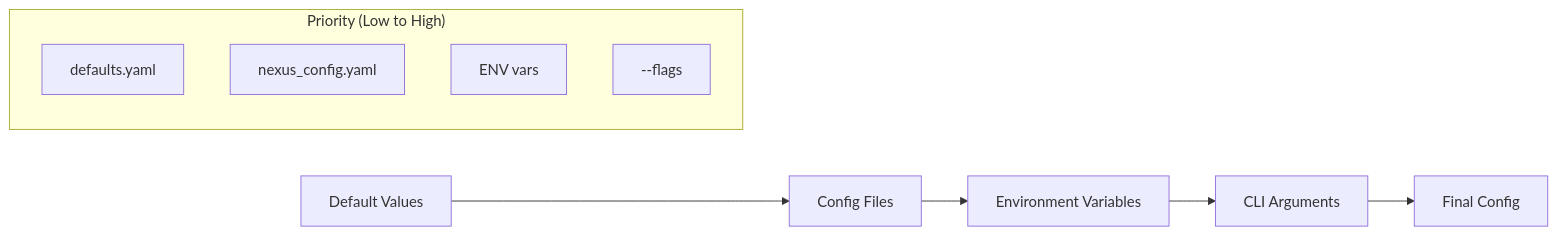
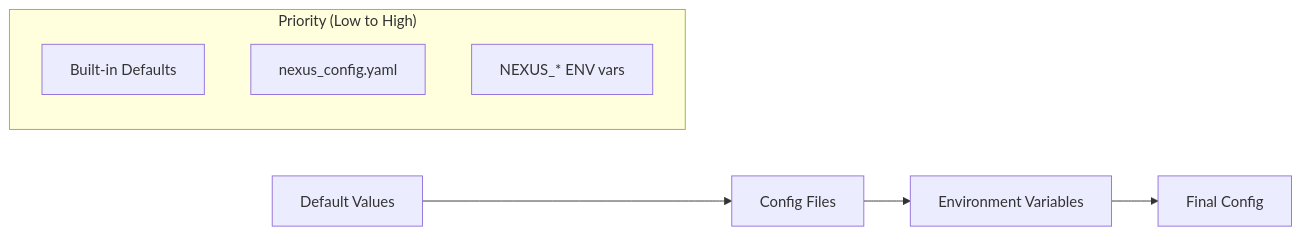
Before and after one commit to dnviti/Nexus: the diagram in docs/getting-started/configuration.md, drawn with Mermaid. The commit also changed other lines of this file and 9 other files, not shown here.

````diff
--- a/docs/getting-started/configuration.md
+++ b/docs/getting-started/configuration.md
@@ -9,14 +13,12 @@
 ```mermaid
 graph LR
     A[Default Values] --> B[Config Files]
     B --> C[Environment Variables]
-    C --> D[CLI Arguments]
-    D --> E[Final Config]
-    
+    C --> D[Final Config]
+
     subgraph "Priority (Low to High)"
-        F[defaults.yaml]
+        F[Built-in Defaults]
         G[nexus_config.yaml]
-        H[ENV vars]
-        I[--flags]
+        H[NEXUS_* ENV vars]
     end
 ```
````
